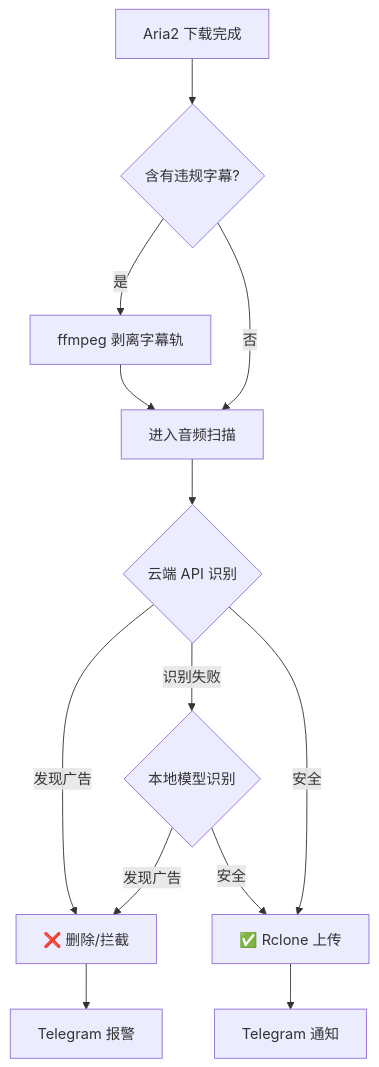
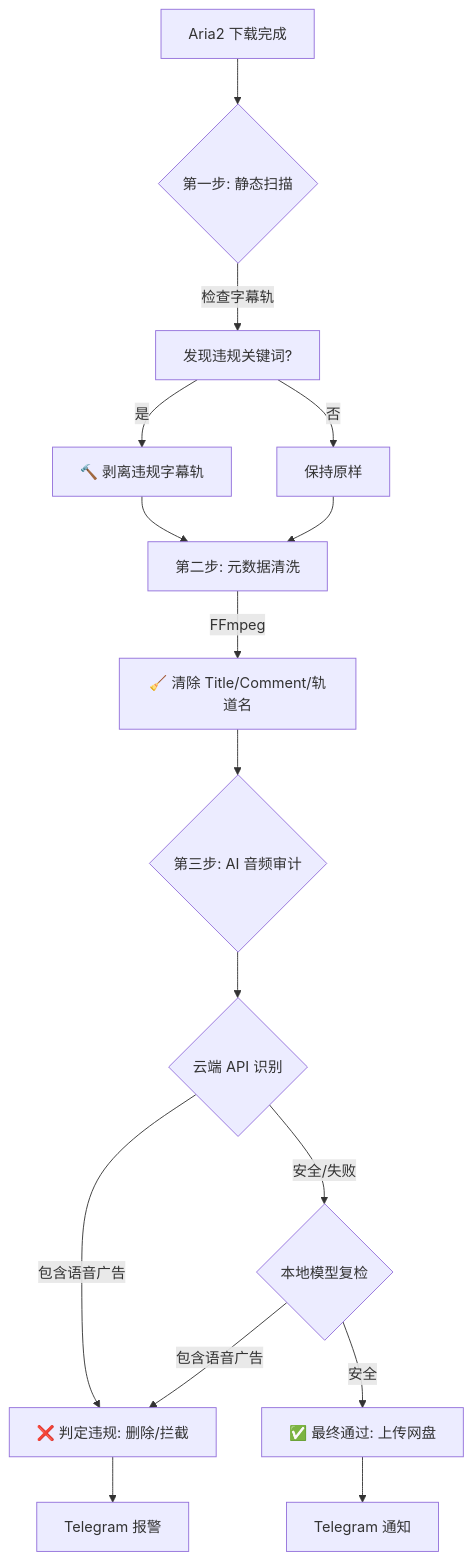
The diagram in README.md (jiemo9527/Video-ASR-Ad-Cleaner), drawn with Mermaid before and after one commit. The commit also changed other lines of this file and 6 other files, not shown here.

````diff
--- a/README.md
+++ b/README.md
@@ -35,18 +39,23 @@
 ```mermaid
 graph TD
-    A[Aria2 下载完成] --> B{含有违规字幕?}
-    B -- 是 --> C[ffmpeg 剥离字幕轨]
-    B -- 否 --> D[进入音频扫描]
-    C --> D
+    A[Aria2 下载完成] --> B{第一步: 静态扫描}
+    B --> |检查字幕轨| C[发现违规关键词?]
+    C -- 是 --> D[🔨 剥离违规字幕轨]
+    C -- 否 --> E[保持原样]
     
-    D --> E{云端 API 识别}
-    E -- 发现广告 --> F[❌ 删除/拦截]
-    E -- 识别失败 --> G{本地模型识别}
-    E -- 安全 --> H[✅ Rclone 上传]
+    D --> F[第二步: 元数据清洗]
+    E --> F
+    F --> |FFmpeg| G[🧹 清除 Title/Comment/轨道名]
     
-    G -- 发现广告 --> F
-    G -- 安全 --> H
+    G --> H{第三步: AI 音频审计}
+    H --> I{云端 API 识别}
+    I -- 包含语音广告 --> J[❌ 判定违规: 删除/拦截]
+    I -- 安全/失败 --> K{本地模型复检}
     
-    F --> I[Telegram 报警]
-    H --> J[Telegram 通知]
+    K -- 包含语音广告 --> J
+    K -- 安全 --> L[✅ 最终通过: 上传网盘]
+    
+    J --> M[Telegram 报警]
+    L --> N[Telegram 通知]
+
 ```
````
